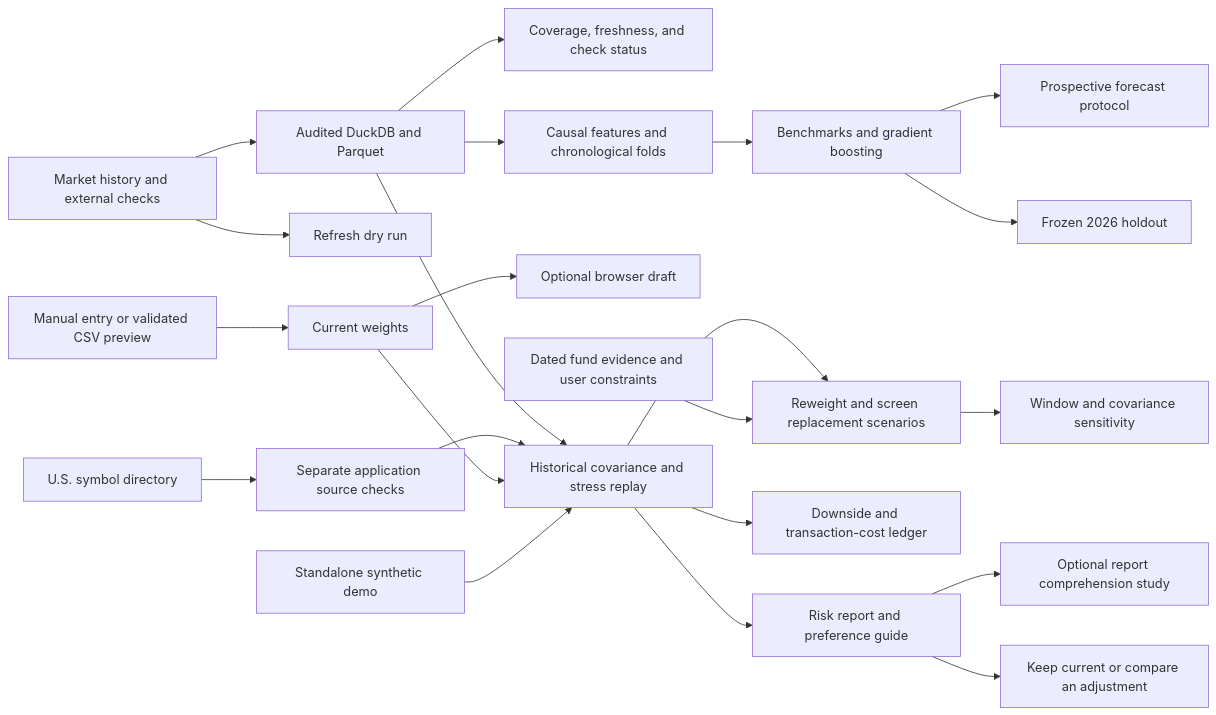
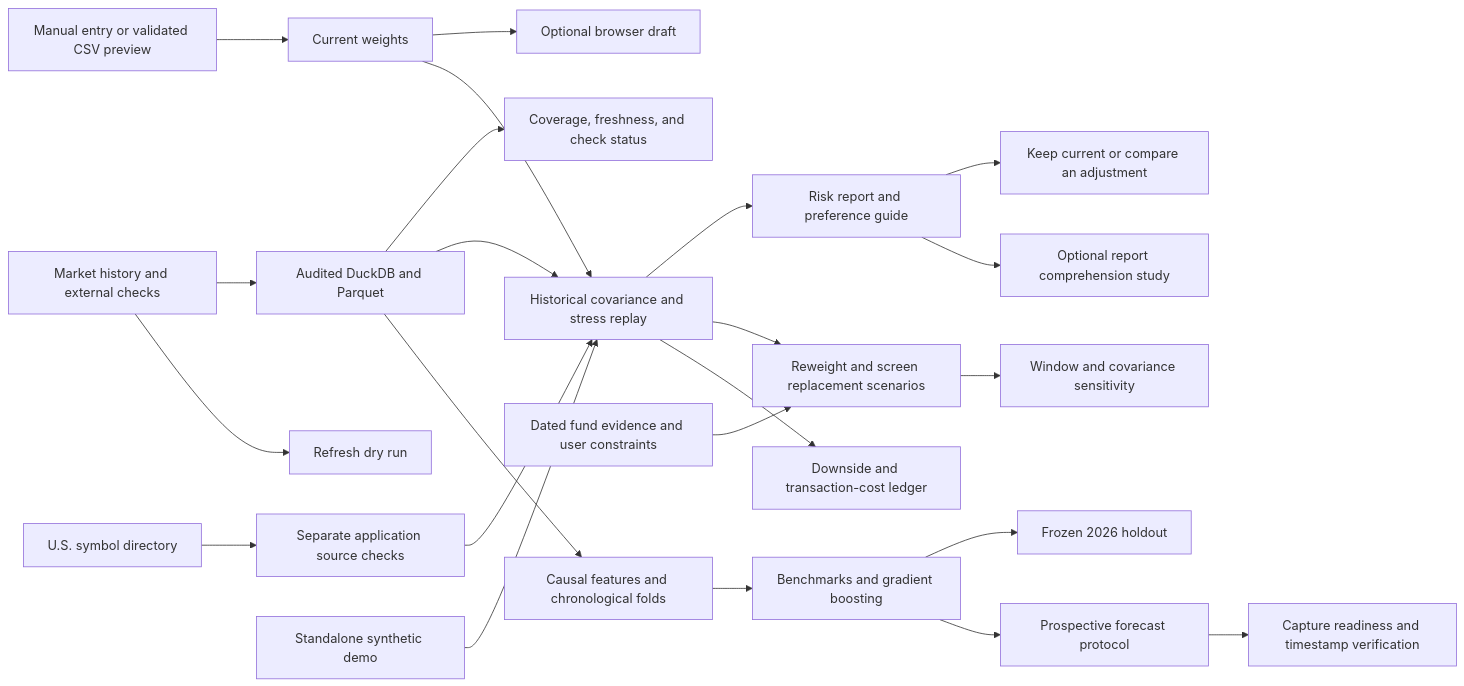
Before and after one commit to alisaayz/portfolio-risk: the diagram in README.md, drawn with Mermaid. The commit also changed other lines of this file and 4 other files, not shown here.

````diff
--- a/README.md
+++ b/README.md
@@ -34,24 +35,25 @@
 ```mermaid
 flowchart LR
     A[Market history and external checks] --> B[Audited DuckDB and Parquet]
     A --> V[Refresh dry run]
     B --> W[Coverage, freshness, and check status]
     C[U.S. symbol directory] --> D[Separate application source checks]
     B --> E[Historical covariance and stress replay]
     D --> E
     L[Manual entry or validated CSV preview] --> M[Current weights]
     M --> N[Optional browser draft]
     M --> E
     S[Standalone synthetic demo] --> E
     E --> F[Risk report and preference guide]
     F --> P[Keep current or compare an adjustment]
     E --> G[Reweight and screen replacement scenarios]
     E --> Q[Downside and transaction-cost ledger]
     T[Dated fund evidence and user constraints] --> G
     G --> U[Window and covariance sensitivity]
     B --> H[Causal features and chronological folds]
     H --> I[Benchmarks and gradient boosting]
     I --> J[Frozen 2026 holdout]
     I --> X[Prospective forecast protocol]
+    X --> Y[Capture readiness and timestamp verification]
     F --> K[Optional report comprehension study]
 ```
````
